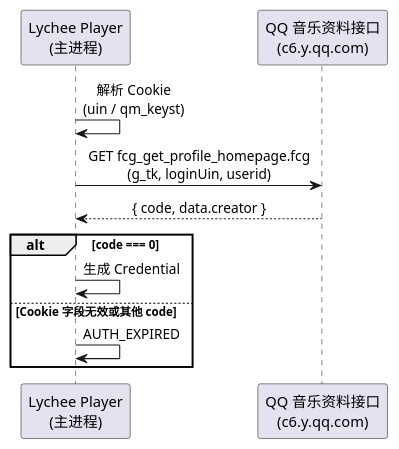
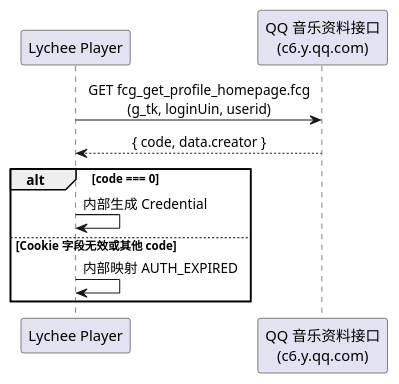
Before and after one commit to 54m43lJ/LycheePlayer: the diagram in diagram/prov-cookie.puml, drawn with PlantUML. The commit also changed 13 other files, not shown here.

Commit message:
docs: 按审计决策修订 A/B/C 组文档与图表

```diff
--- a/diagram/prov-cookie.puml
+++ b/diagram/prov-cookie.puml
@@ -1,16 +1,15 @@
 @startuml prov-cookie
 skinparam shadowing false
 skinparam defaultTextAlignment center
 
-participant "Lychee Player\n(主进程)" as APP
+participant "Lychee Player" as APP
 participant "QQ 音乐资料接口\n(c6.y.qq.com)" as API
 
-APP -> APP : 解析 Cookie\n(uin / qm_keyst)
 APP -> API : GET fcg_get_profile_homepage.fcg\n(g_tk, loginUin, userid)
 API --> APP : { code, data.creator }
 alt code === 0
-  APP -> APP : 生成 Credential
+  APP -> APP : 内部生成 Credential
 else Cookie 字段无效或其他 code
-  APP -> APP : AUTH_EXPIRED
+  APP -> APP : 内部映射 AUTH_EXPIRED
 end
 @enduml
```
